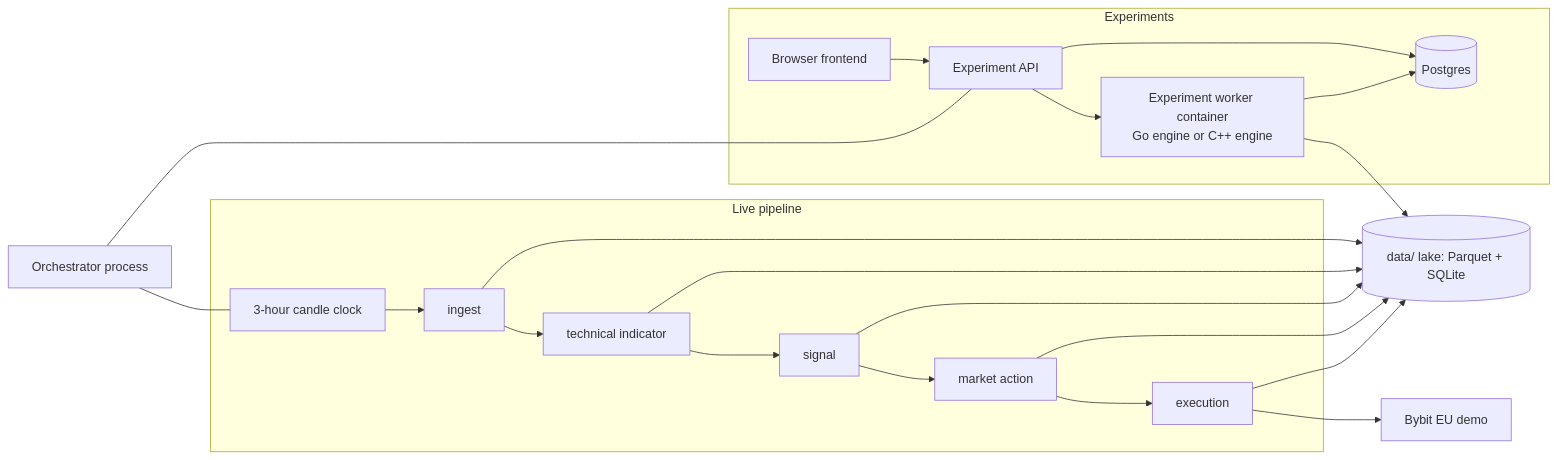
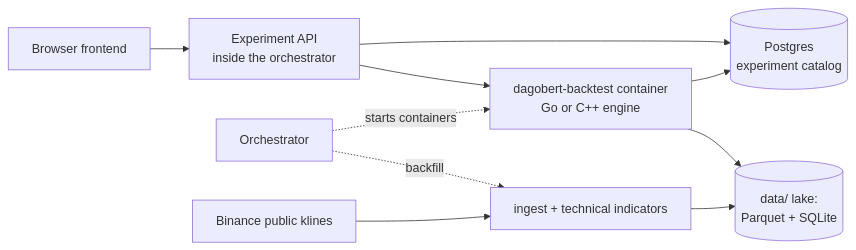
The diagram in README.md (MaxBernstetter/dagobert), drawn with Mermaid before and after one commit. The commit also changed other lines of this file and 68 other files, not shown here.

First line of the commit message:
Remove live operations; Dagobert is a backtesting framework

````diff
--- a/README.md
+++ b/README.md
@@ -12,26 +35,12 @@
 ```mermaid
 flowchart LR
-  subgraph exp [Experiments]
-    UI[Browser frontend] --> API[Experiment API]
-    API --> W[Experiment worker container<br/>Go engine or C++ engine]
-    API --> PG[(Postgres)]
-    W --> PG
-  end
-  subgraph live [Live pipeline]
-    CLK[3-hour candle clock] --> J1[ingest]
-    J1 --> J2[technical indicator]
-    J2 --> J3[signal]
-    J3 --> J4[market action]
-    J4 --> J5[execution]
-  end
-  ORCH[Orchestrator process]
-  ORCH --- API
-  ORCH --- CLK
-  W --> LAKE[(data/ lake: Parquet + SQLite)]
-  J1 --> LAKE
-  J2 --> LAKE
-  J3 --> LAKE
-  J4 --> LAKE
-  J5 --> LAKE
-  J5 --> BYBIT[Bybit EU demo]
+  UI[Browser frontend] --> API[Experiment API<br/>inside the orchestrator]
+  API --> PG[(Postgres<br/>experiment catalog)]
+  API --> W[dagobert-backtest container<br/>Go or C++ engine]
+  W --> PG
+  W --> LAKE[(data/ lake:<br/>Parquet + SQLite)]
+  ORCH[Orchestrator] -. starts containers .-> W
+  ORCH -. backfill .-> ING[ingest + technical indicators]
+  ING --> LAKE
+  BIN[Binance public klines] --> ING
 ```
````
